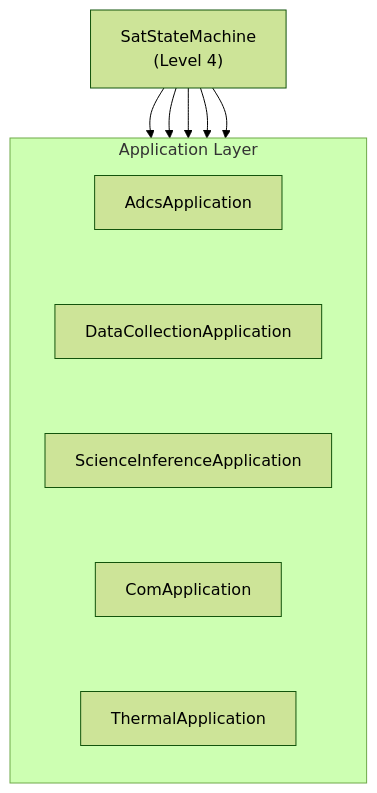
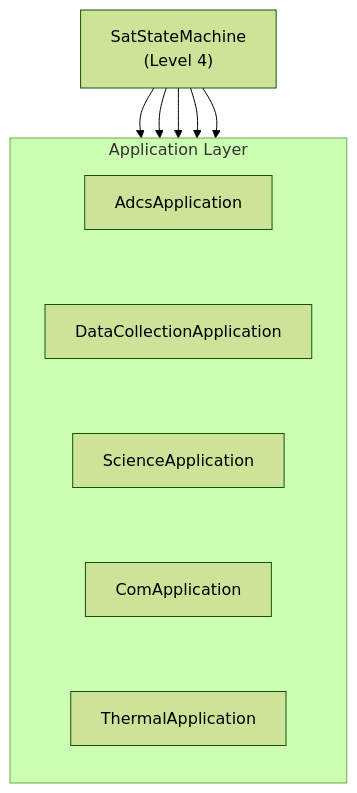
Before and after one commit to UWCubeSat/hs2-software-design: the sixth of 6 diagrams in docs/Reference/Introduction/SubtopologyDecomposition.qmd, drawn with Mermaid (forest theme). The commit also changed other lines of this file and 64 other files, not shown here.

````diff
--- a/docs/Reference/Introduction/SubtopologyDecomposition.qmd
+++ b/docs/Reference/Introduction/SubtopologyDecomposition.qmd
@@ -116,21 +91,21 @@
 ```{mermaid}
 flowchart TB
     SSM["SatStateMachine<br/>(Level 4)"]
     subgraph APPS["Application Layer"]
         direction TB
         AdcsApp["AdcsApplication"]
         DCApp["DataCollectionApplication"]
-        SIApp["ScienceInferenceApplication"]
+        SIApp["ScienceApplication"]
         CommsApp["ComApplication"]
         ThermApp["ThermalApplication"]
         AdcsApp ~~~ DCApp
         DCApp ~~~ SIApp
         SIApp ~~~ CommsApp
         CommsApp ~~~ ThermApp
     end
     SSM --> AdcsApp
     SSM --> DCApp
     SSM --> SIApp
     SSM --> CommsApp
     SSM --> ThermApp
 ```
````
